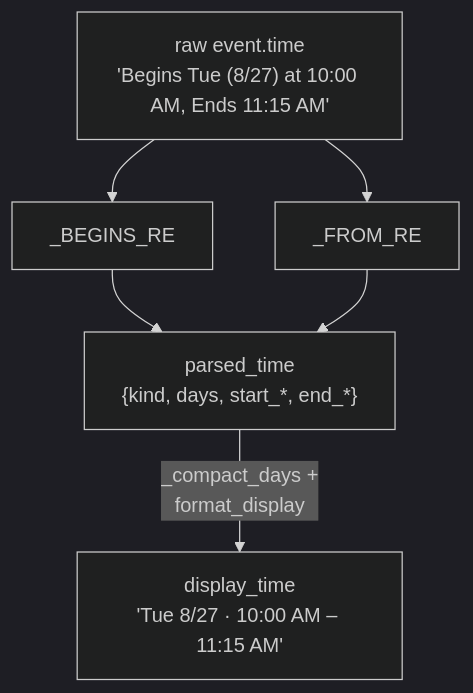
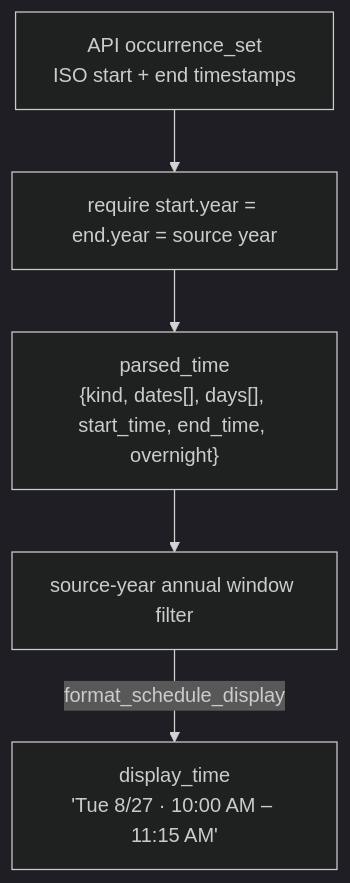
One commit to shreyaspurohit/playa changed the first of 3 diagrams in docs/11-schedule-system.md. Above: the diagram before and after it, drawn with Mermaid (dark theme). The commit also changed other lines of this file and 28 other files, not shown here.

````diff
--- a/docs/11-schedule-system.md
+++ b/docs/11-schedule-system.md
@@ -93,11 +113,10 @@
 ```mermaid
 flowchart TD
-  Raw["raw event.time<br>'Begins Tue (8/27) at 10:00 AM, Ends 11:15 AM'"]
-  R1[_BEGINS_RE]
-  R2[_FROM_RE]
-  Parsed["parsed_time<br>{kind, days, start_*, end_*}"]
+  Raw["API occurrence_set<br>ISO start + end timestamps"]
+  Guard["require start.year = end.year = source year"]
+  Parsed["parsed_time<br>{kind, dates[], days[], start_time, end_time, overnight}"]
+  Window["source-year annual window filter"]
   Display["display_time<br>'Tue 8/27 · 10:00 AM – 11:15 AM'"]
-  Raw --> R1 --> Parsed
-  Raw --> R2 --> Parsed
-  Parsed -->|"_compact_days +<br>format_display"| Display
+  Raw --> Guard --> Parsed --> Window
+  Window -->|"format_schedule_display"| Display
 ```
````
